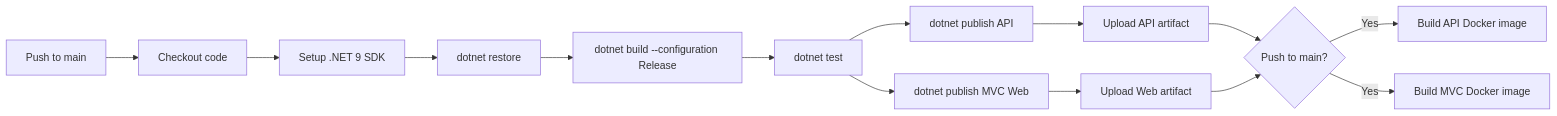
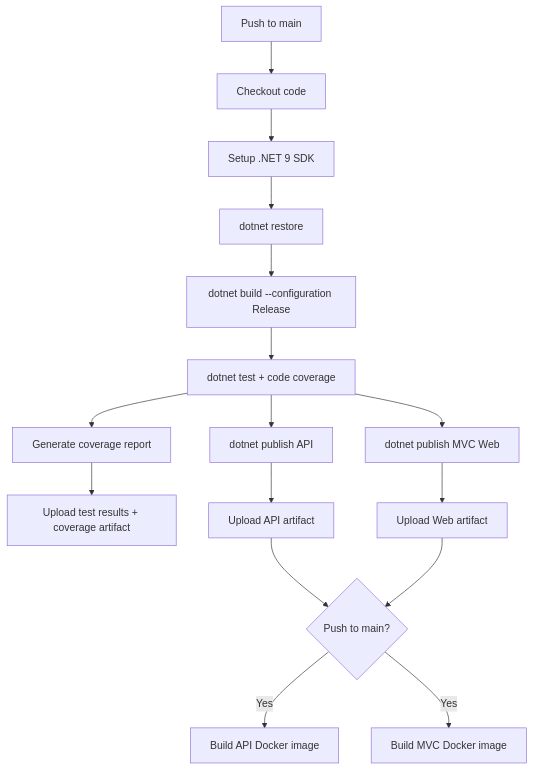
The fourth of 5 diagrams in README.md (popuri2000/employee-management-devops-demo), drawn with Mermaid before and after one commit. The commit also changed other lines of this file and 15 other files, not shown here.

````diff
--- a/README.md
+++ b/README.md
@@ -302,16 +372,18 @@
 ```mermaid
-graph LR
+graph TD
     A[Push to main] --> B[Checkout code]
     B --> C[Setup .NET 9 SDK]
     C --> D[dotnet restore]
     D --> E[dotnet build --configuration Release]
-    E --> F[dotnet test]
-    F --> G[dotnet publish API]
-    F --> H[dotnet publish MVC Web]
-    G --> I[Upload API artifact]
-    H --> J[Upload Web artifact]
-    I --> K{Push to main?}
-    J --> K
-    K -->|Yes| L[Build API Docker image]
-    K -->|Yes| M[Build MVC Docker image]
+    E --> F[dotnet test + code coverage]
+    F --> G[Generate coverage report]
+    G --> H[Upload test results + coverage artifact]
+    F --> I[dotnet publish API]
+    F --> J[dotnet publish MVC Web]
+    I --> K[Upload API artifact]
+    J --> L[Upload Web artifact]
+    K --> M{Push to main?}
+    L --> M
+    M -->|Yes| N[Build API Docker image]
+    M -->|Yes| O[Build MVC Docker image]
 ```
````
